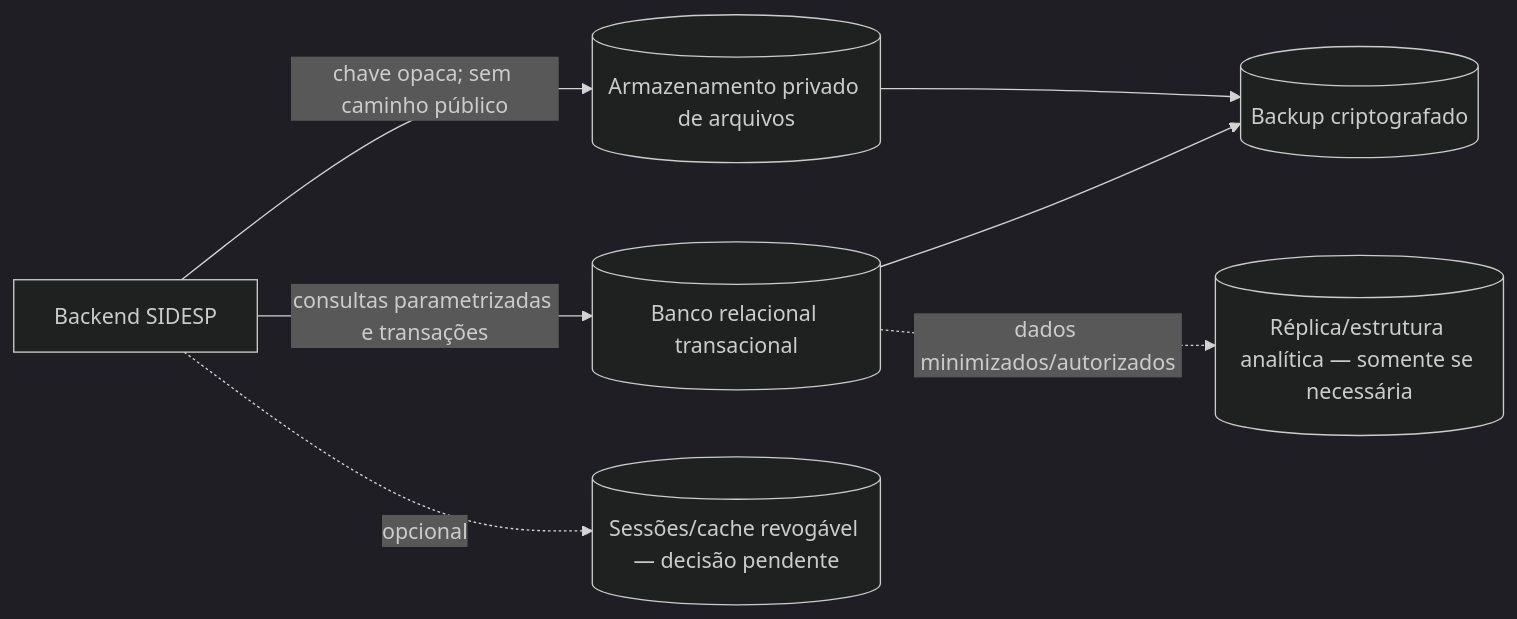
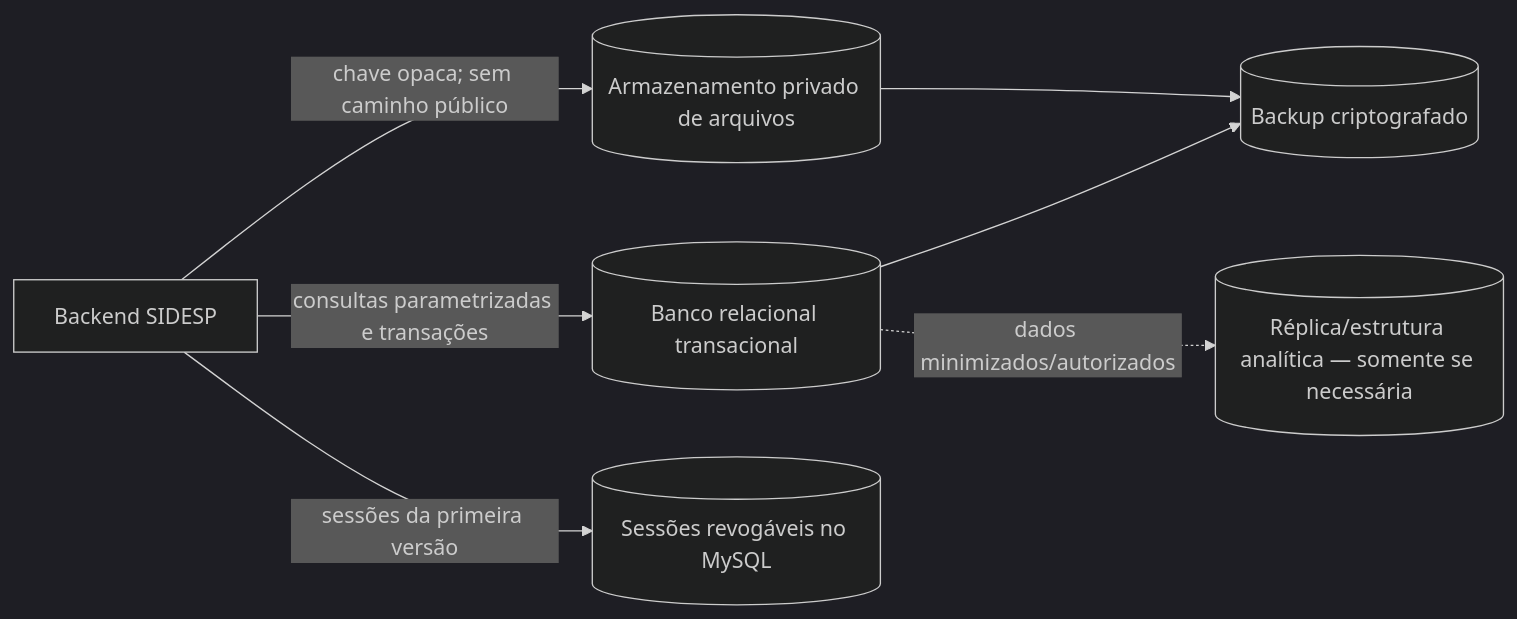
One commit to HeitorLeite/SIDESP changed the first of 7 diagrams in database/BANCO_DE_DADOS.md. Above: the diagram before and after it, drawn with Mermaid (dark theme). The commit also changed other lines of this file and 8 other files, not shown here.

````diff
--- a/database/BANCO_DE_DADOS.md
+++ b/database/BANCO_DE_DADOS.md
@@ -97,16 +140,16 @@
 ```mermaid
 flowchart LR
     app["Backend SIDESP"]
     db[("Banco relacional transacional")]
     storage[("Armazenamento privado de arquivos")]
-    session[("Sessões/cache revogável — decisão pendente")]
+    session[("Sessões revogáveis no MySQL")]
     backup[("Backup criptografado")]
     analytics[("Réplica/estrutura analítica — somente se necessária")]
 
     app -->|"consultas parametrizadas e transações"| db
     app -->|"chave opaca; sem caminho público"| storage
-    app -.->|"opcional"| session
+    app -->|"sessões da primeira versão"| session
     db --> backup
     storage --> backup
     db -.->|"dados minimizados/autorizados"| analytics
 ```
````
